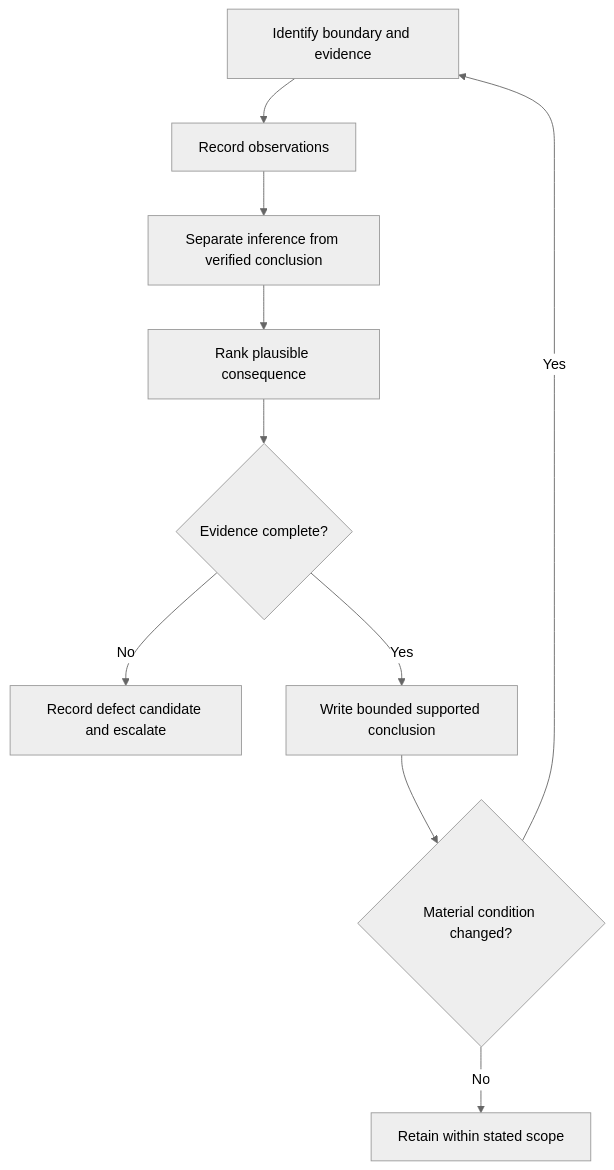
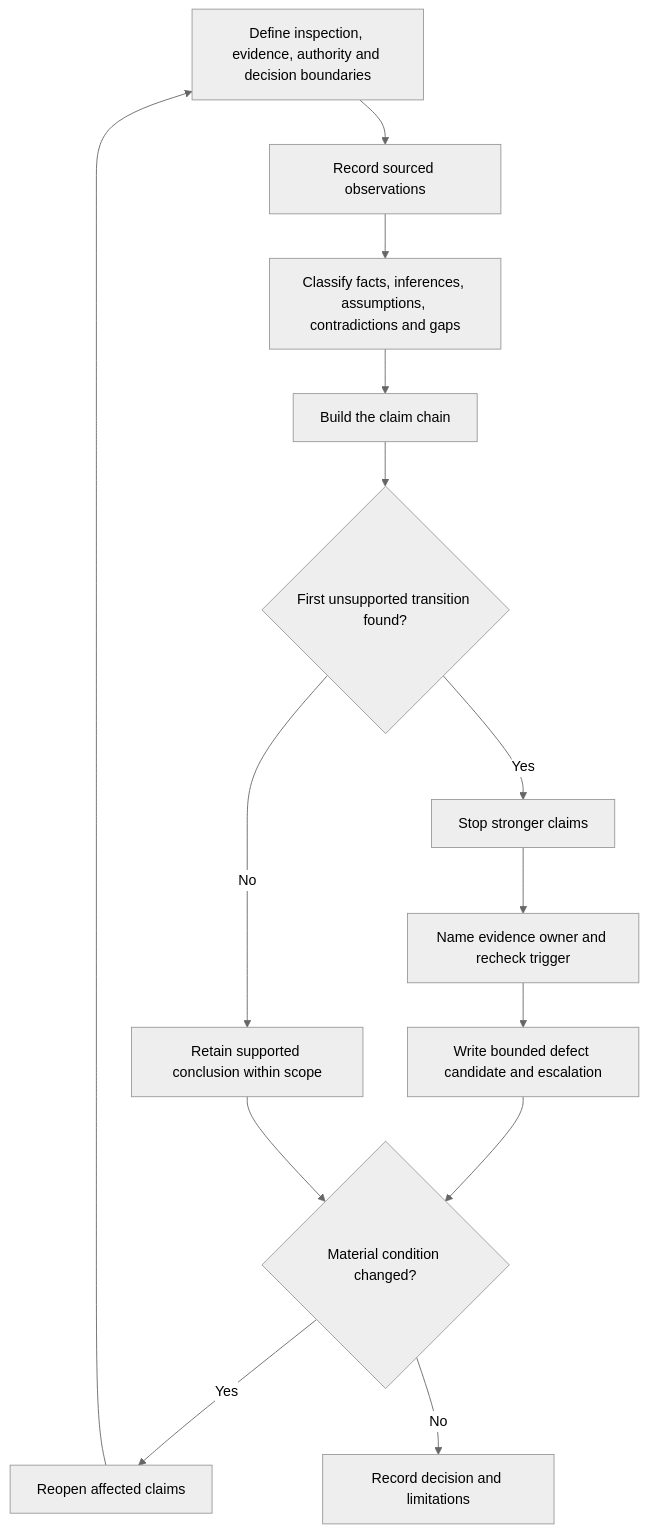
Before and after one commit to andrew3stedall/capstone: the first of 2 diagrams in docs/learning-plans/12-week/modules/day-41-switchboard-inspection-decision-workshop.md, drawn with Mermaid (neutral theme). The commit also changed other lines of this file and 3 other files, not shown here.

````diff
--- a/docs/learning-plans/12-week/modules/day-41-switchboard-inspection-decision-workshop.md
+++ b/docs/learning-plans/12-week/modules/day-41-switchboard-inspection-decision-workshop.md
@@ -63,12 +97,16 @@
 ```mermaid
 flowchart TD
- A[Identify boundary and evidence] --> B[Record observations]
- B --> C[Separate inference from verified conclusion]
- C --> D[Rank plausible consequence]
- D --> E{Evidence complete?}
- E -->|No| F[Record defect candidate and escalate]
- E -->|Yes| G[Write bounded supported conclusion]
- G --> H{Material condition changed?}
- H -->|Yes| A
- H -->|No| I[Retain within stated scope]
+  A[Define inspection, evidence, authority and decision boundaries] --> B[Record sourced observations]
+  B --> C[Classify facts, inferences, assumptions, contradictions and gaps]
+  C --> D[Build the claim chain]
+  D --> E{First unsupported transition found?}
+  E -->|Yes| F[Stop stronger claims]
+  F --> G[Name evidence owner and recheck trigger]
+  G --> H[Write bounded defect candidate and escalation]
+  E -->|No| I[Retain supported conclusion within scope]
+  H --> J{Material condition changed?}
+  I --> J
+  J -->|Yes| K[Reopen affected claims]
+  K --> A
+  J -->|No| L[Record decision and limitations]
 ```
````
